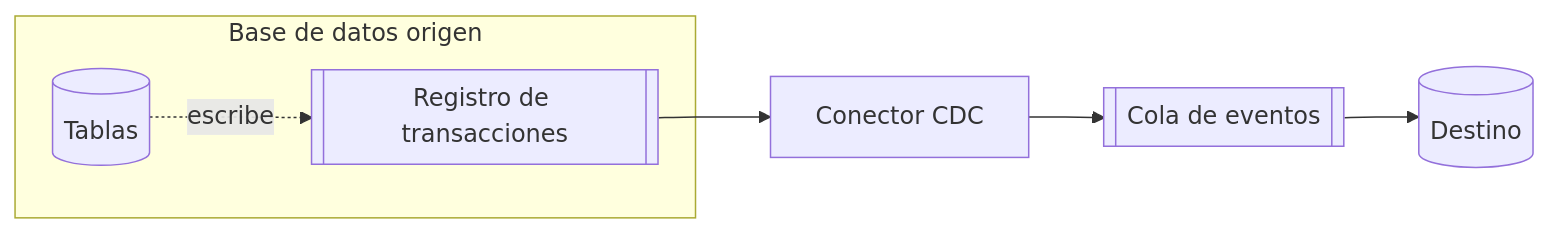
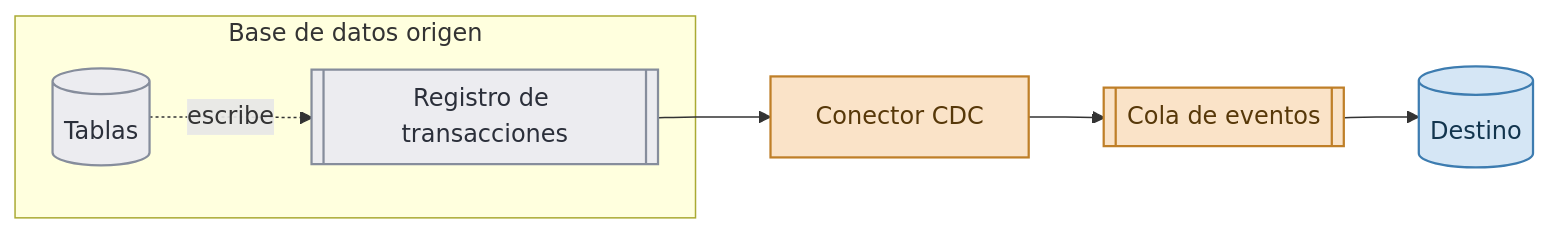
Before and after one commit to IraitzM/ingenieria-datos: the fourth of 4 diagrams in content/load/patrones.qmd, drawn with Mermaid. The commit also changed other lines of this file and 28 other files, not shown here.

````diff
--- a/content/load/patrones.qmd
+++ b/content/load/patrones.qmd
@@ -172,11 +200,19 @@
 ```{mermaid}
 flowchart LR
     subgraph origen ["Base de datos origen"]
         t[("Tablas")]
         wal[["Registro de transacciones"]]
         t -.->|"escribe"| wal
     end
     wal --> cdc["Conector CDC"]
     cdc --> cola[["Cola de eventos"]]
     cola --> dest[("Destino")]
+
+    %% Paleta por bloque del libro
+    classDef origen fill:#ececf0,stroke:#868d9c,stroke-width:1.5px,color:#2b2f3a
+    classDef carga fill:#fae3c8,stroke:#bf7f28,stroke-width:1.5px,color:#573809
+    classDef almacen fill:#d5e6f5,stroke:#3d7cb0,stroke-width:1.5px,color:#12354e
+    class t,wal origen
+    class cdc,cola carga
+    class dest almacen
 ```
````
